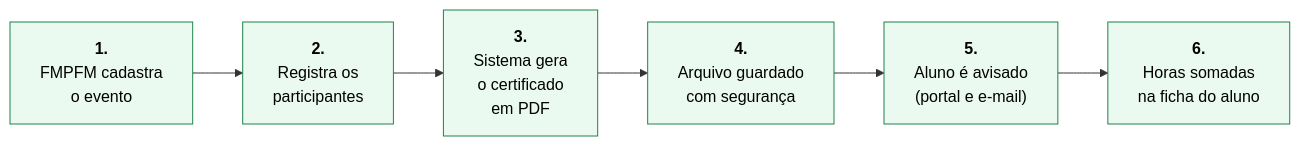
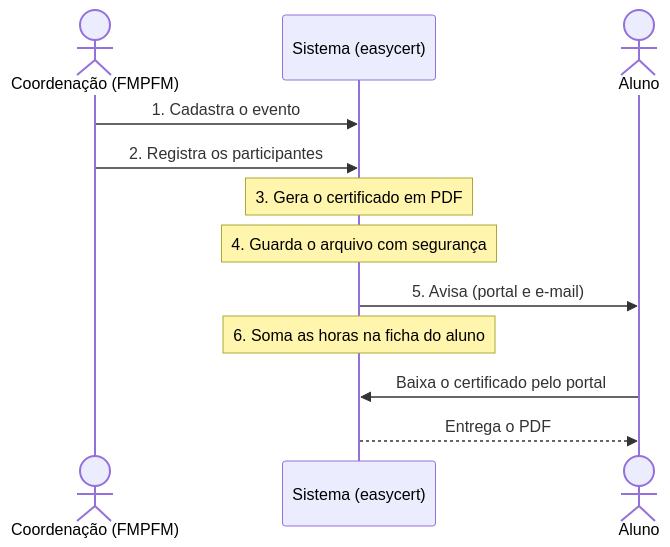
Before and after one commit to Texeraaa/tcc.easycert: the diagram in docs/tcc/rascunhos/img/v3-fluxo-emissao.mmd, drawn with Mermaid.

Commit message:
docs(pre-banca): V3 vira sequence diagram com atores (Coordenação, Sistema, Aluno)

```diff
--- a/docs/tcc/rascunhos/img/v3-fluxo-emissao.mmd
+++ b/docs/tcc/rascunhos/img/v3-fluxo-emissao.mmd
@@ -1,12 +1,16 @@
-%% Diagrama V3 — Slot 13 (vazio) — Fluxo caminho feliz da emissão
+%% Diagrama V3 — Slot 13 (vazio) — Fluxo caminho feliz da emissão (com atores)
 %% Renderizar em https://mermaid.live, exportar PNG, colar manualmente no slide 13.
 
-flowchart LR
-    A["<b>1.</b><br/>FMPFM cadastra<br/>o evento"] --> B["<b>2.</b><br/>Registra os<br/>participantes"]
-    B --> C["<b>3.</b><br/>Sistema gera<br/>o certificado<br/>em PDF"]
-    C --> D["<b>4.</b><br/>Arquivo guardado<br/>com segurança"]
-    D --> E["<b>5.</b><br/>Aluno é avisado<br/>(portal e e-mail)"]
-    E --> F["<b>6.</b><br/>Horas somadas<br/>na ficha do aluno"]
+sequenceDiagram
+    actor COORD as Coordenação (FMPFM)
+    participant SIS as Sistema (easycert)
+    actor ALUNO as Aluno
 
-    classDef passo fill:#eafaf1,stroke:#1e8449,color:#000;
-    class A,B,C,D,E,F passo;
+    COORD->>SIS: 1. Cadastra o evento
+    COORD->>SIS: 2. Registra os participantes
+    Note over SIS: 3. Gera o certificado em PDF
+    Note over SIS: 4. Guarda o arquivo com segurança
+    SIS->>ALUNO: 5. Avisa (portal e e-mail)
+    Note over SIS: 6. Soma as horas na ficha do aluno
+    ALUNO->>SIS: Baixa o certificado pelo portal
+    SIS-->>ALUNO: Entrega o PDF
```
